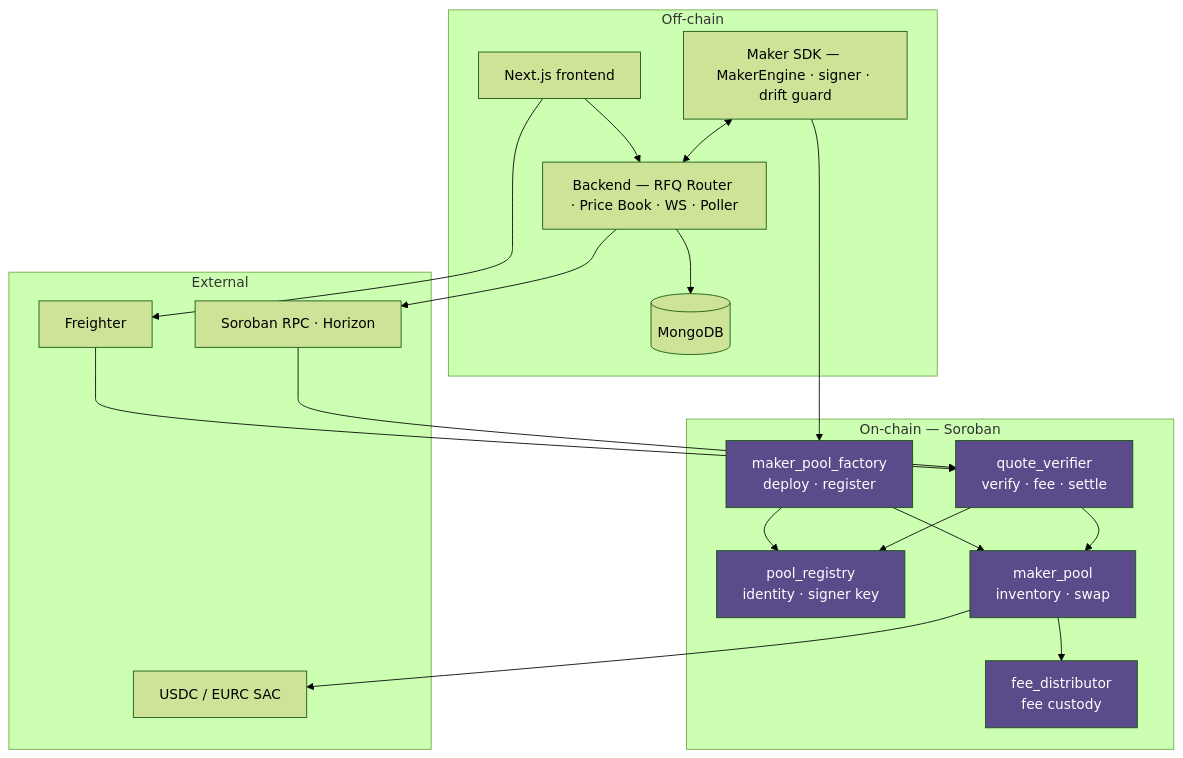
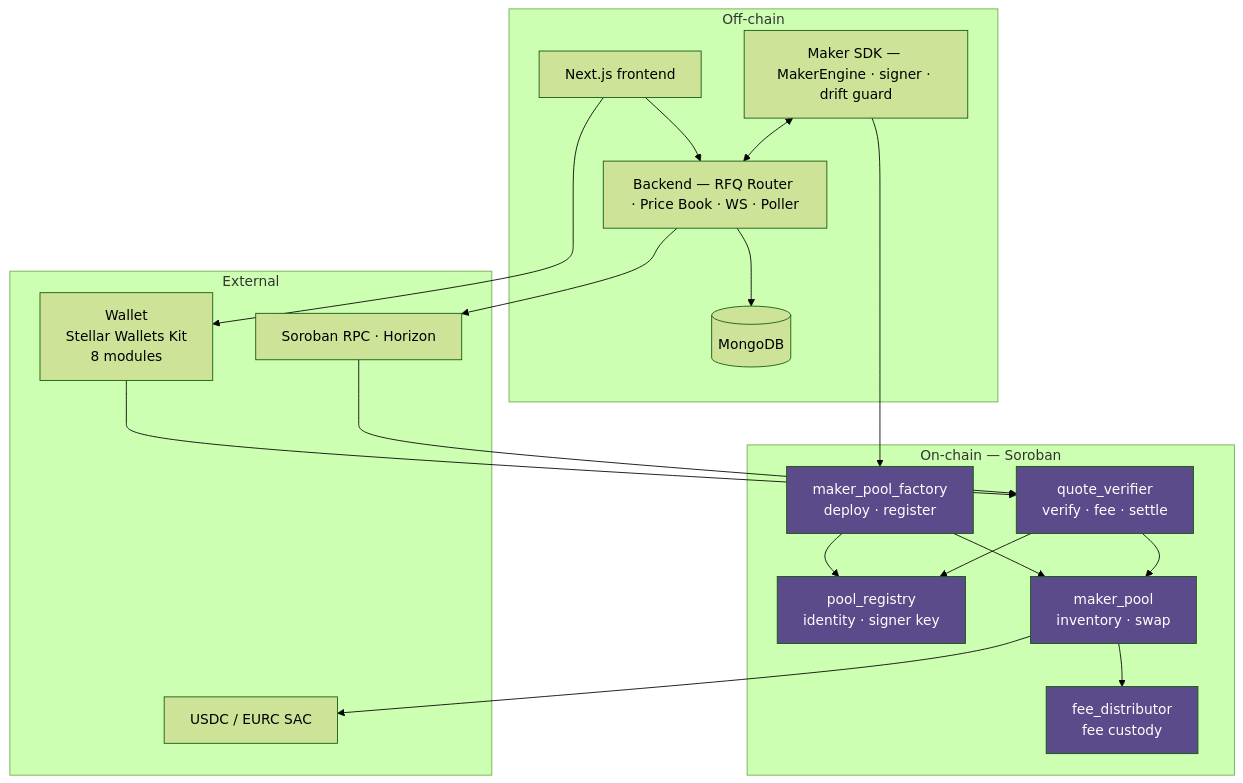
One commit to hyperdexnetwork/HyperDex changed the ninth of 9 diagrams in docs/TECHNICAL_ARCHITECTURE.md. Above: the diagram before and after it, drawn with Mermaid (forest theme). The commit also changed other lines of this file and 1 other file, not shown here.

First line of the commit message:
Docs: describe event-verified settlement, wallets and the network switch

````diff
--- a/docs/TECHNICAL_ARCHITECTURE.md
+++ b/docs/TECHNICAL_ARCHITECTURE.md
@@ -742,44 +891,44 @@
 ```mermaid
 flowchart TB
     subgraph OFF["Off-chain"]
         FE["Next.js frontend"]
         BE["Backend — RFQ Router · Price Book · WS · Poller"]
         SDK["Maker SDK — MakerEngine · signer · drift guard"]
         DB[("MongoDB")]
     end
 
     subgraph ON["On-chain — Soroban"]
         QV["quote_verifier<br/>verify · fee · settle"]
         PR["pool_registry<br/>identity · signer key"]
         FA["maker_pool_factory<br/>deploy · register"]
         MP["maker_pool<br/>inventory · swap"]
         FD["fee_distributor<br/>fee custody"]
     end
 
     subgraph EXT["External"]
         SAC["USDC / EURC SAC"]
         RPC["Soroban RPC · Horizon"]
-        W["Freighter"]
+        W["Wallet<br/>Stellar Wallets Kit<br/>8 modules"]
     end
 
     FE --> BE
     FE --> W
     SDK <--> BE
     BE --> DB
     BE --> RPC
     W --> QV
     SDK --> FA
     FA --> MP
     FA --> PR
     QV --> PR
     QV --> MP
     MP --> SAC
     MP --> FD
     RPC --> QV
 
     style QV fill:#5b4b8a,color:#fff
     style PR fill:#5b4b8a,color:#fff
     style FA fill:#5b4b8a,color:#fff
     style MP fill:#5b4b8a,color:#fff
     style FD fill:#5b4b8a,color:#fff
 ```
````
